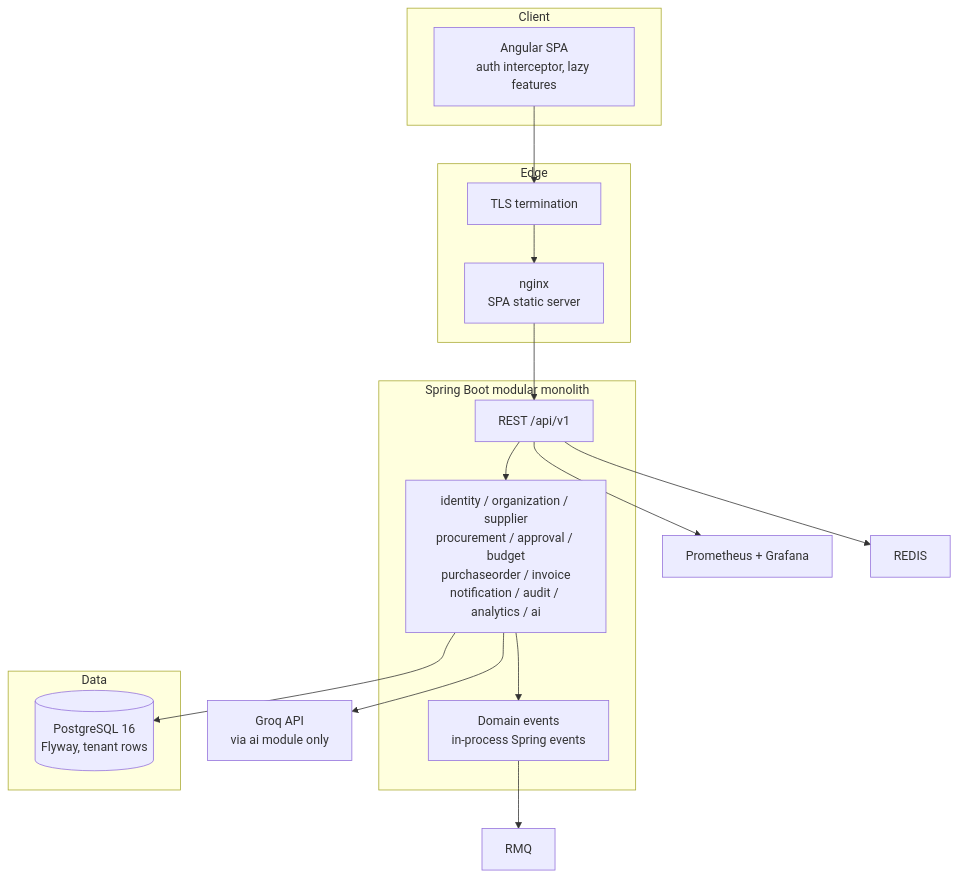
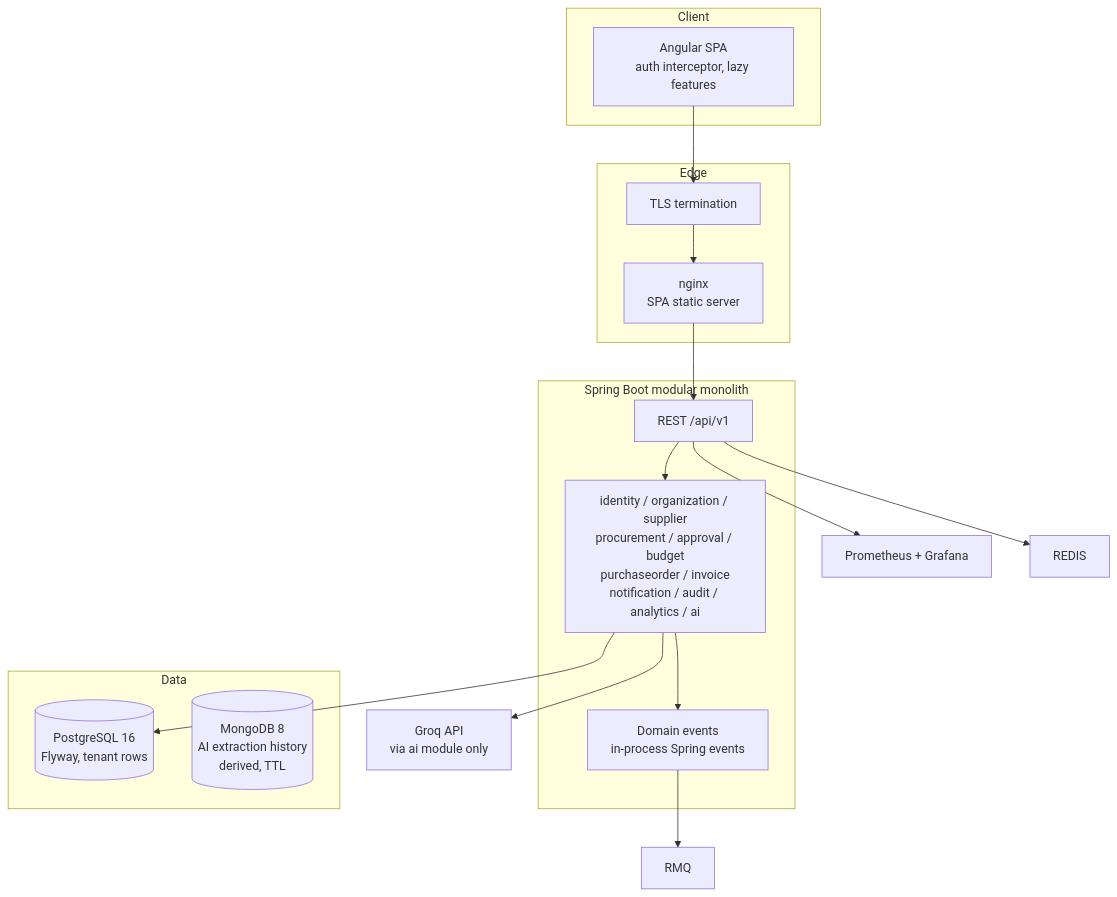
One commit to AhmedOL0/ProcureFlow changed the diagram in docs/diagrams/architecture.mmd. Above: the diagram before and after it, drawn with Mermaid. The commit also changed 21 other files, not shown here.

First line of the commit message:
feat(ai): MongoDB extraction history with provenance

```diff
--- a/docs/diagrams/architecture.mmd
+++ b/docs/diagrams/architecture.mmd
@@ -1,29 +1,30 @@
 %% ProcureFlow system context (Mermaid source). Render with any Mermaid
 %% renderer; keep in sync with docs/architecture/overview.md.
 flowchart TB
   subgraph Client
     SPA[Angular SPA<br/>auth interceptor, lazy features]
   end
   subgraph Edge
     NGINX[nginx<br/>SPA static server]
     TLS[TLS termination]
   end
   subgraph Backend["Spring Boot modular monolith"]
     API[REST /api/v1]
     MODS[identity / organization / supplier<br/>procurement / approval / budget<br/>purchaseorder / invoice<br/>notification / audit / analytics / ai]
     EV[Domain events<br/>in-process Spring events]
   end
   subgraph Data
     PG[(PostgreSQL 16<br/>Flyway, tenant rows)]
+    MONGO[(MongoDB 8<br/>AI extraction history<br/>derived, TTL)]
   end
   EXT[Groq API<br/>via ai module only]
   OBS[Prometheus + Grafana]
 
   SPA --> TLS --> NGINX
   NGINX --> API
   API --> MODS
   MODS --> EV --> RMQ
   MODS --> PG
   API --> REDIS
   MODS --> EXT
   API --> OBS
```
